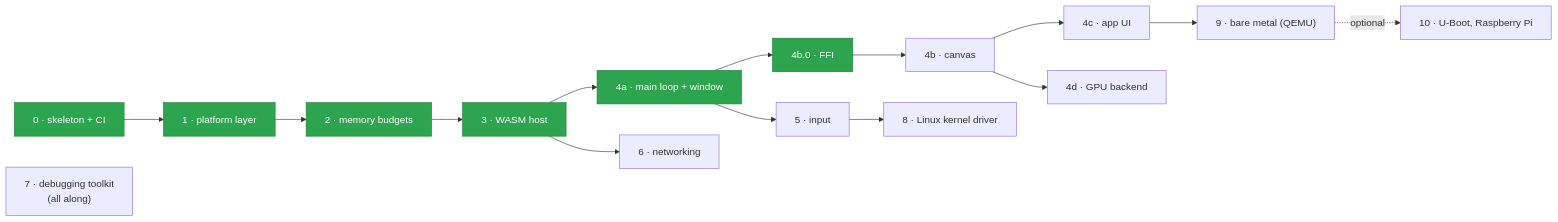
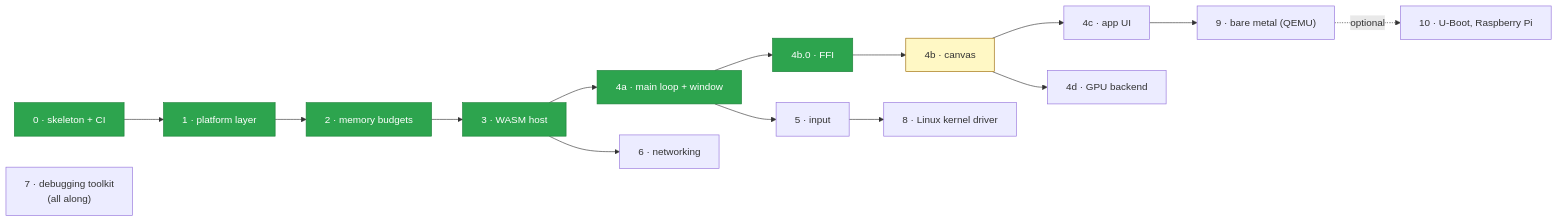
One commit to arinal/mim changed the third of 3 diagrams in README.md. Above: the diagram before and after it, drawn with Mermaid. The commit also changed other lines of this file and 26 other files, not shown here.

````diff
--- a/README.md
+++ b/README.md
@@ -151,15 +157,17 @@
 ```mermaid
 flowchart LR
     S0["0 · skeleton + CI"] --> S1["1 · platform layer"] --> S2["2 · memory budgets"] --> S3["3 · WASM host"]
     S3 --> S4a["4a · main loop + window"] --> S4b0["4b.0 · FFI"] --> S4b["4b · canvas"] --> S4c["4c · app UI"]
     S4b --> S4d["4d · GPU backend"]
     S4a --> S5["5 · input"]
     S3 --> S6["6 · networking"]
     S5 --> S8["8 · Linux kernel driver"]
     S4c --> S9["9 · bare metal (QEMU)"]
     S9 -.optional.-> S10["10 · U-Boot, Raspberry Pi"]
     S7["7 · debugging toolkit<br/>(all along)"]
 
     classDef done fill:#2da44e,stroke:#1a7f37,color:#fff
+    classDef doing fill:#fff8c5,stroke:#9a6700
     class S0,S1,S2,S3,S4a,S4b0 done
+    class S4b doing
 ```
````
